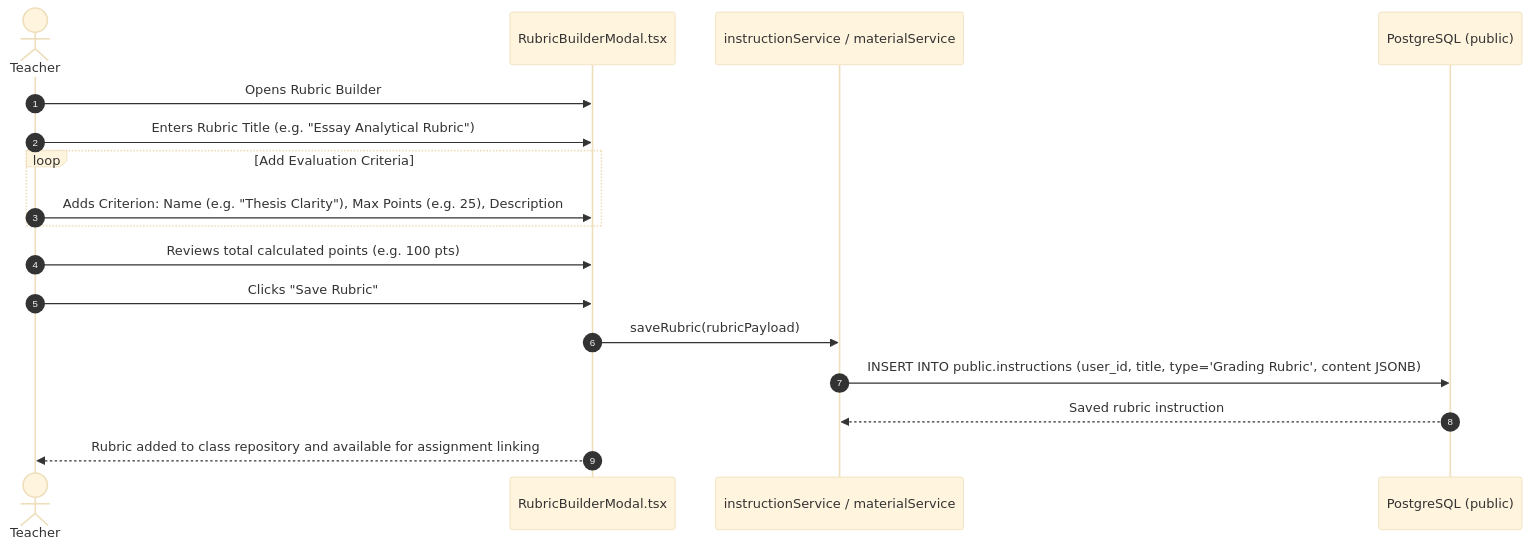
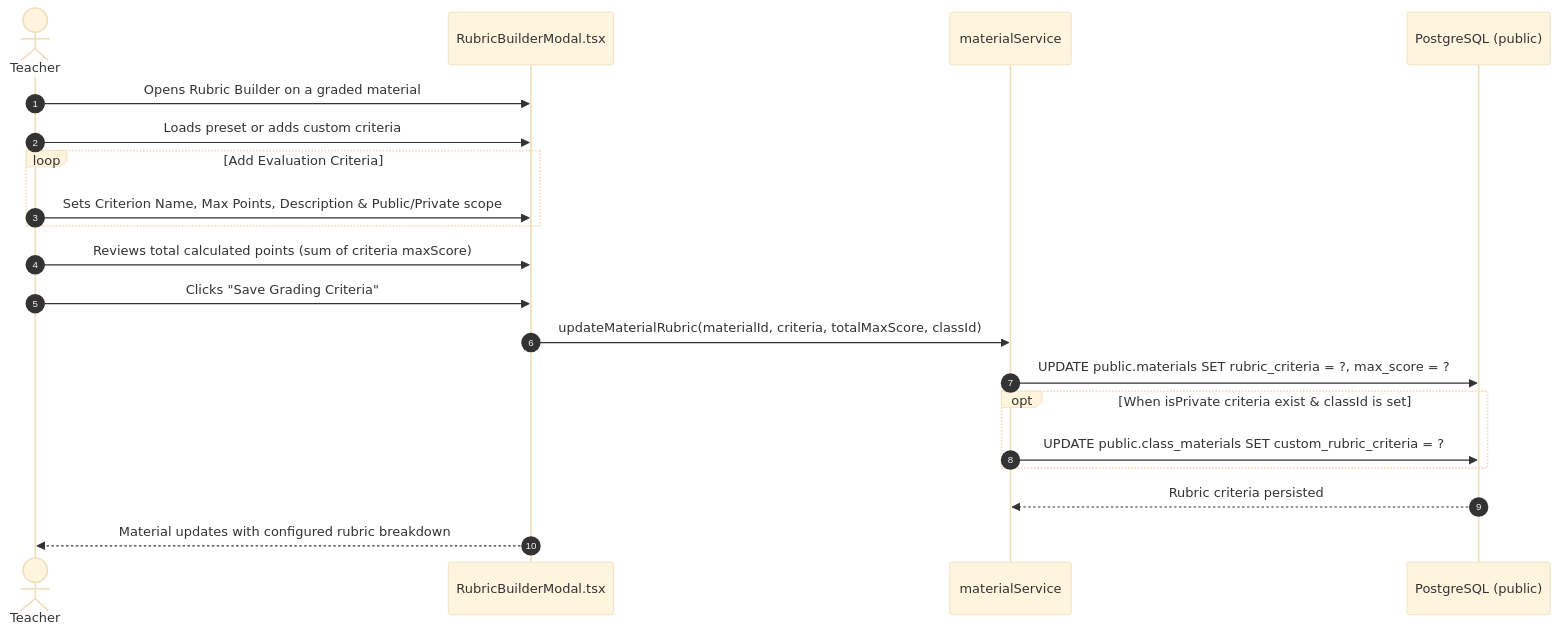
The second of 3 diagrams in docs/systems/workflows/instruction_rubric_workflows.md (VictorBravo9er/Teacher-Assistant-Workspace), drawn with Mermaid (base theme) before and after one commit. The commit also changed other lines of this file and 43 other files, not shown here.

````diff
--- a/docs/systems/workflows/instruction_rubric_workflows.md
+++ b/docs/systems/workflows/instruction_rubric_workflows.md
@@ -47,23 +48,26 @@
 ```mermaid
 sequenceDiagram
     autonumber
     actor Teacher as Teacher
     participant UI as RubricBuilderModal.tsx
-    participant Svc as instructionService / materialService
+    participant Svc as materialService
     participant DB as PostgreSQL (public)
 
-    Teacher->>UI: Opens Rubric Builder
-    Teacher->>UI: Enters Rubric Title (e.g. "Essay Analytical Rubric")
+    Teacher->>UI: Opens Rubric Builder on a graded material
+    Teacher->>UI: Loads preset or adds custom criteria
     
     loop Add Evaluation Criteria
-        Teacher->>UI: Adds Criterion: Name (e.g. "Thesis Clarity"), Max Points (e.g. 25), Description
+        Teacher->>UI: Sets Criterion Name, Max Points, Description & Public/Private scope
     end
     
-    Teacher->>UI: Reviews total calculated points (e.g. 100 pts)
-    Teacher->>UI: Clicks "Save Rubric"
+    Teacher->>UI: Reviews total calculated points (sum of criteria maxScore)
+    Teacher->>UI: Clicks "Save Grading Criteria"
     
-    UI->>Svc: saveRubric(rubricPayload)
-    Svc->>DB: INSERT INTO public.instructions (user_id, title, type='Grading Rubric', content JSONB)
-    DB-->>Svc: Saved rubric instruction
-    UI-->>Teacher: Rubric added to class repository and available for assignment linking
+    UI->>Svc: updateMaterialRubric(materialId, criteria, totalMaxScore, classId)
+    Svc->>DB: UPDATE public.materials SET rubric_criteria = ?, max_score = ?
+    opt When isPrivate criteria exist & classId is set
+        Svc->>DB: UPDATE public.class_materials SET custom_rubric_criteria = ?
+    end
+    DB-->>Svc: Rubric criteria persisted
+    UI-->>Teacher: Material updates with configured rubric breakdown
 ```
````
